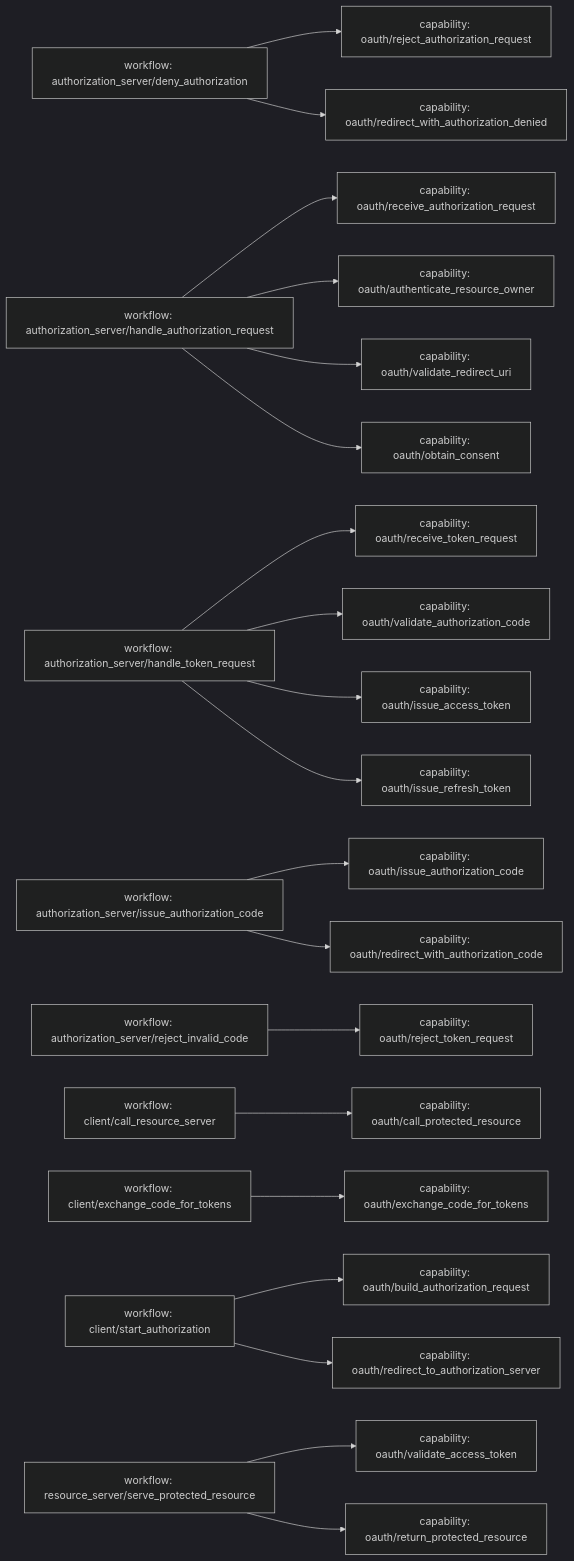
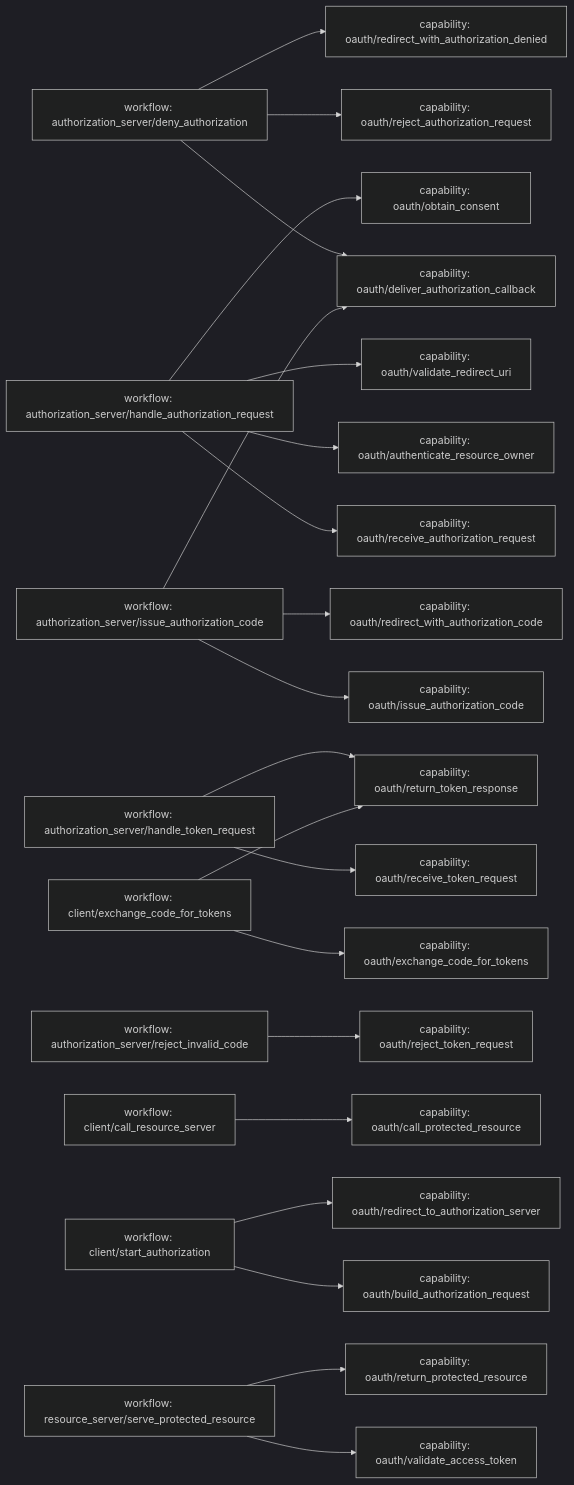
The diagram in examples/oauth-authorization-code/generated/mermaid/workflow-capabilities.mmd (BehavioML/specifications), drawn with Mermaid (dark theme) before and after one commit. The commit also changed 25 other files, not shown here.

Commit message:
Regenerate Mermaid workflow sequence diagrams

```diff
--- a/examples/oauth-authorization-code/generated/mermaid/workflow-capabilities.mmd
+++ b/examples/oauth-authorization-code/generated/mermaid/workflow-capabilities.mmd
@@ -1,49 +1,49 @@
 flowchart LR
   W_authorization_server_deny_authorization["workflow: authorization_server/deny_authorization"]
   C_oauth_reject_authorization_request["capability: oauth/reject_authorization_request"]
   C_oauth_redirect_with_authorization_denied["capability: oauth/redirect_with_authorization_denied"]
+  C_oauth_deliver_authorization_callback["capability: oauth/deliver_authorization_callback"]
   W_authorization_server_handle_authorization_request["workflow: authorization_server/handle_authorization_request"]
   C_oauth_receive_authorization_request["capability: oauth/receive_authorization_request"]
   C_oauth_authenticate_resource_owner["capability: oauth/authenticate_resource_owner"]
   C_oauth_validate_redirect_uri["capability: oauth/validate_redirect_uri"]
   C_oauth_obtain_consent["capability: oauth/obtain_consent"]
   W_authorization_server_handle_token_request["workflow: authorization_server/handle_token_request"]
   C_oauth_receive_token_request["capability: oauth/receive_token_request"]
-  C_oauth_validate_authorization_code["capability: oauth/validate_authorization_code"]
-  C_oauth_issue_access_token["capability: oauth/issue_access_token"]
-  C_oauth_issue_refresh_token["capability: oauth/issue_refresh_token"]
+  C_oauth_return_token_response["capability: oauth/return_token_response"]
   W_authorization_server_issue_authorization_code["workflow: authorization_server/issue_authorization_code"]
   C_oauth_issue_authorization_code["capability: oauth/issue_authorization_code"]
   C_oauth_redirect_with_authorization_code["capability: oauth/redirect_with_authorization_code"]
   W_authorization_server_reject_invalid_code["workflow: authorization_server/reject_invalid_code"]
   C_oauth_reject_token_request["capability: oauth/reject_token_request"]
   W_client_call_resource_server["workflow: client/call_resource_server"]
   C_oauth_call_protected_resource["capability: oauth/call_protected_resource"]
   W_client_exchange_code_for_tokens["workflow: client/exchange_code_for_tokens"]
   C_oauth_exchange_code_for_tokens["capability: oauth/exchange_code_for_tokens"]
   W_client_start_authorization["workflow: client/start_authorization"]
   C_oauth_build_authorization_request["capability: oauth/build_authorization_request"]
   C_oauth_redirect_to_authorization_server["capability: oauth/redirect_to_authorization_server"]
   W_resource_server_serve_protected_resource["workflow: resource_server/serve_protected_resource"]
   C_oauth_validate_access_token["capability: oauth/validate_access_token"]
   C_oauth_return_protected_resource["capability: oauth/return_protected_resource"]
 
   W_authorization_server_deny_authorization --> C_oauth_reject_authorization_request
   W_authorization_server_deny_authorization --> C_oauth_redirect_with_authorization_denied
+  W_authorization_server_deny_authorization --> C_oauth_deliver_authorization_callback
   W_authorization_server_handle_authorization_request --> C_oauth_receive_authorization_request
   W_authorization_server_handle_authorization_request --> C_oauth_authenticate_resource_owner
   W_authorization_server_handle_authorization_request --> C_oauth_validate_redirect_uri
   W_authorization_server_handle_authorization_request --> C_oauth_obtain_consent
   W_authorization_server_handle_token_request --> C_oauth_receive_token_request
-  W_authorization_server_handle_token_request --> C_oauth_validate_authorization_code
-  W_authorization_server_handle_token_request --> C_oauth_issue_access_token
-  W_authorization_server_handle_token_request --> C_oauth_issue_refresh_token
+  W_authorization_server_handle_token_request --> C_oauth_return_token_response
   W_authorization_server_issue_authorization_code --> C_oauth_issue_authorization_code
   W_authorization_server_issue_authorization_code --> C_oauth_redirect_with_authorization_code
+  W_authorization_server_issue_authorization_code --> C_oauth_deliver_authorization_callback
   W_authorization_server_reject_invalid_code --> C_oauth_reject_token_request
   W_client_call_resource_server --> C_oauth_call_protected_resource
   W_client_exchange_code_for_tokens --> C_oauth_exchange_code_for_tokens
+  W_client_exchange_code_for_tokens --> C_oauth_return_token_response
   W_client_start_authorization --> C_oauth_build_authorization_request
   W_client_start_authorization --> C_oauth_redirect_to_authorization_server
   W_resource_server_serve_protected_resource --> C_oauth_validate_access_token
   W_resource_server_serve_protected_resource --> C_oauth_return_protected_resource
```
